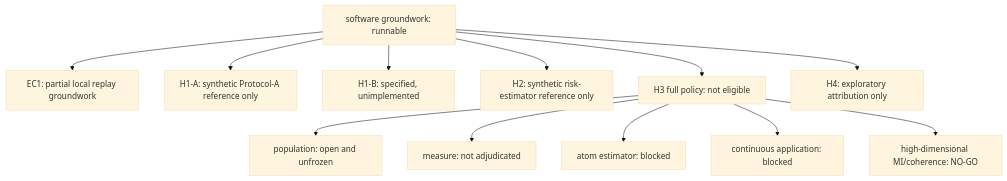
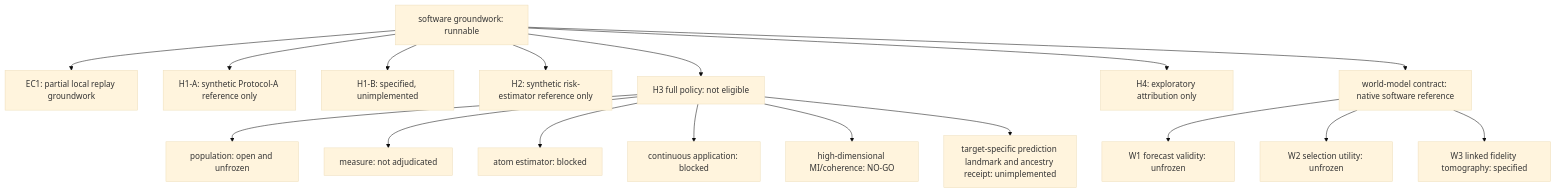
Before and after one commit to sepahead/prisoma: the first of 11 diagrams in DIAGRAMS.md, drawn with Mermaid (base theme). The commit also changed other lines of this file and 63 other files, not shown here.

Commit message:
feat: establish world-model-first v13 research contract

````diff
--- a/DIAGRAMS.md
+++ b/DIAGRAMS.md
@@ -11,23 +11,32 @@
 ```mermaid
 flowchart TD
     Groundwork["software groundwork: runnable"]
     EC1["EC1: partial local replay groundwork"]
     H1A["H1-A: synthetic Protocol-A reference only"]
     H1B["H1-B: specified, unimplemented"]
     H2["H2: synthetic risk-estimator reference only"]
     H3["H3 full policy: not eligible"]
     H4["H4: exploratory attribution only"]
+    W0["world-model contract: native software reference"]
+    W1["W1 forecast validity: unfrozen"]
+    W2["W2 selection utility: unfrozen"]
+    W3["W3 linked fidelity tomography: specified"]
 
     Groundwork --> EC1
     Groundwork --> H1A
     Groundwork --> H1B
     Groundwork --> H2
     Groundwork --> H3
     Groundwork --> H4
+    Groundwork --> W0
+    W0 --> W1
+    W0 --> W2
+    W0 --> W3
 
     H3 --> Population["population: open and unfrozen"]
     H3 --> Measure["measure: not adjudicated"]
     H3 --> Estimator["atom estimator: blocked"]
     H3 --> Application["continuous application: blocked"]
     H3 --> HighDim["high-dimensional MI/coherence: NO-GO"]
+    H3 --> Ancestry["target-specific prediction landmark and ancestry receipt: unimplemented"]
 ```
````
